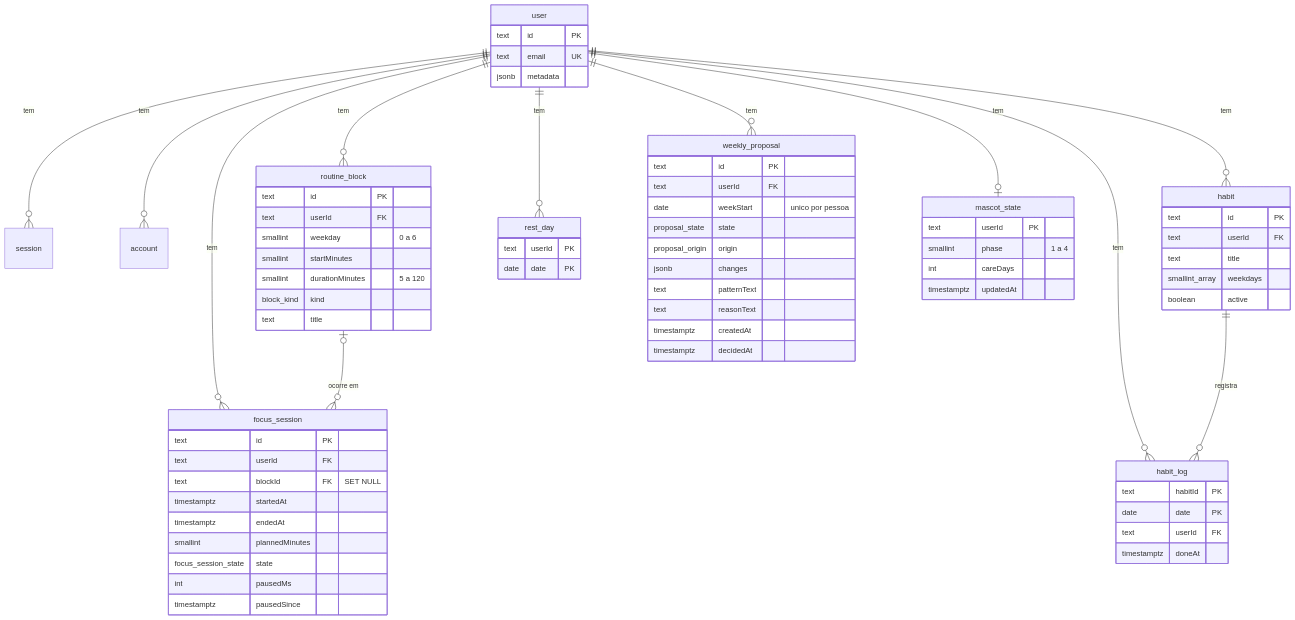
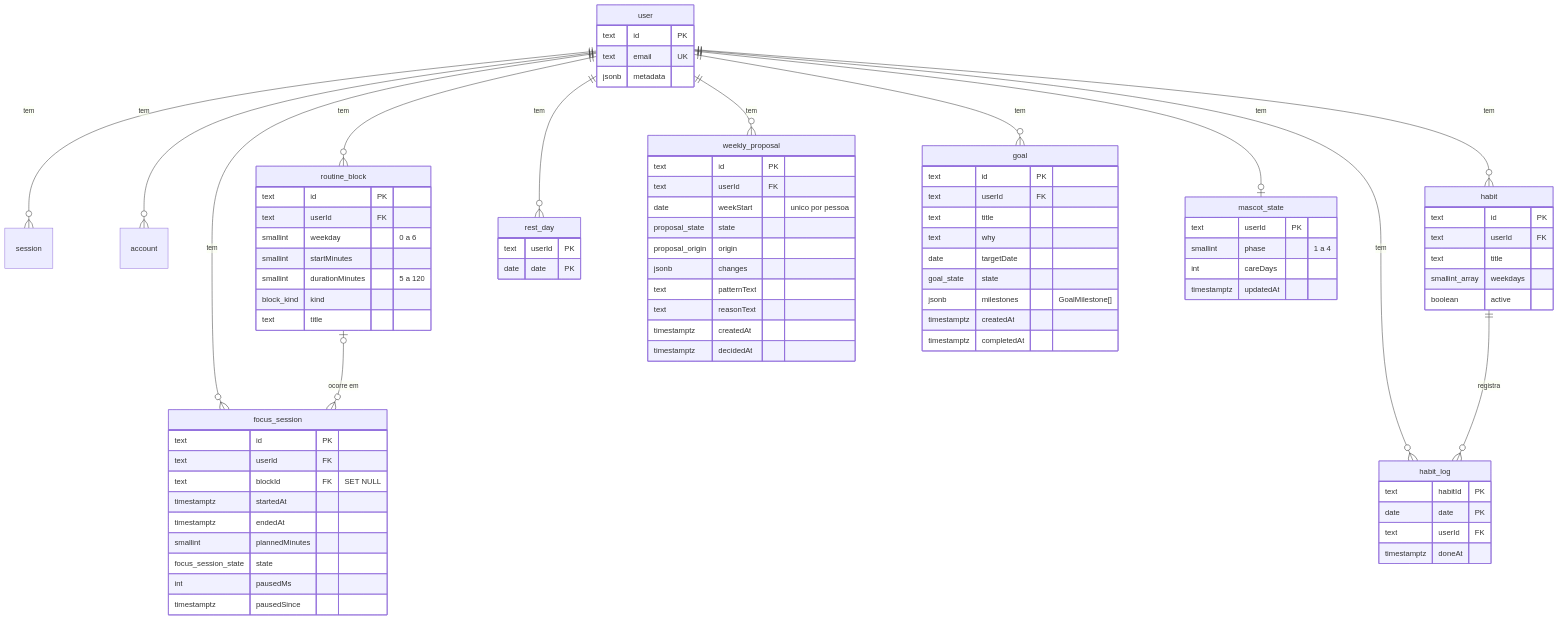
The diagram in docs/banco-de-dados.md (albuquerquesz/pulo), drawn with Mermaid before and after one commit. The commit also changed other lines of this file and 3 other files, not shown here.

```diff
--- a/docs/banco-de-dados.md
+++ b/docs/banco-de-dados.md
@@ -15,6 +15,7 @@
   user ||--o{ focus_session : tem
   user ||--o{ rest_day : tem
   user ||--o{ weekly_proposal : tem
+  user ||--o{ goal : tem
   user ||--o| mascot_state : tem
   habit ||--o{ habit_log : registra
   routine_block |o--o{ focus_session : "ocorre em"
@@ -73,6 +74,17 @@
     timestamptz createdAt
     timestamptz decidedAt
   }
+  goal {
+    text id PK
+    text userId FK
+    text title
+    text why
+    date targetDate
+    goal_state state
+    jsonb milestones "GoalMilestone[]"
+    timestamptz createdAt
+    timestamptz completedAt
+  }
   mascot_state {
     text userId PK
     smallint phase "1 a 4"
```
